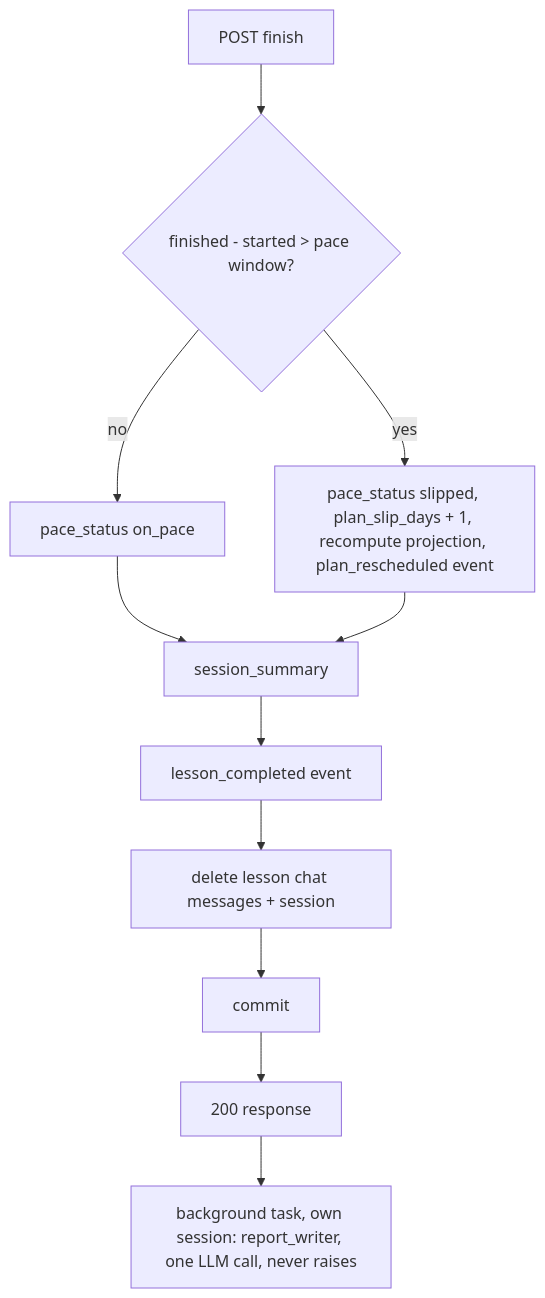
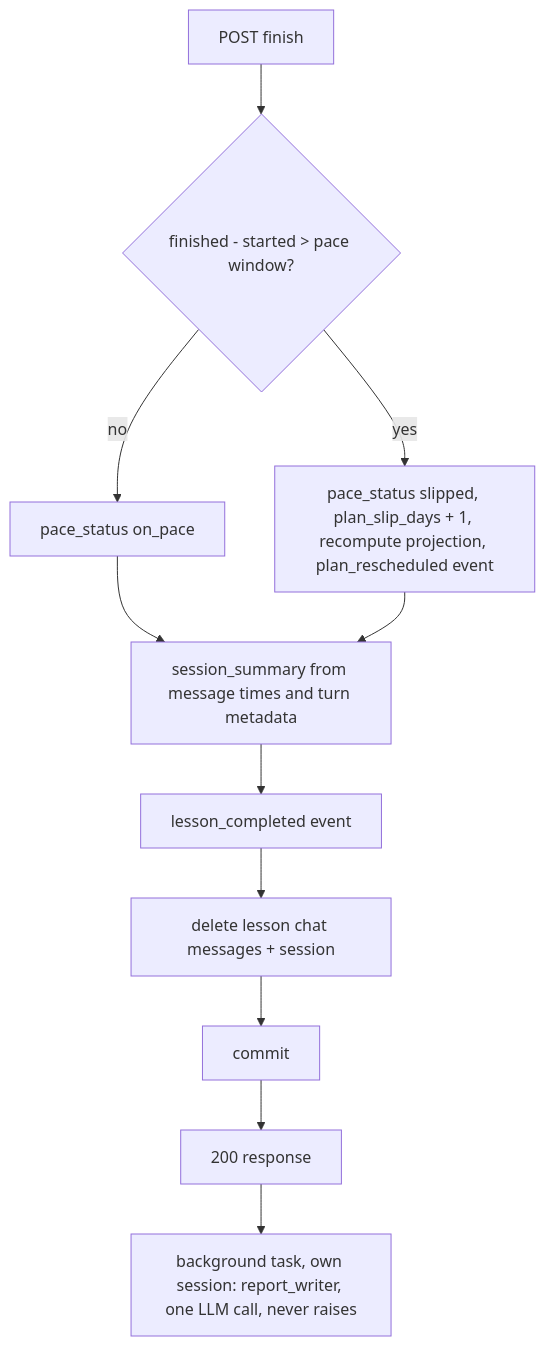
The fourth of 4 diagrams in docs/tech_requirements/backend.md (paulpolz/lingua-coach), drawn with Mermaid before and after one commit. The commit also changed other lines of this file and 46 other files, not shown here.

````diff
--- a/docs/tech_requirements/backend.md
+++ b/docs/tech_requirements/backend.md
@@ -153,13 +176,13 @@
 ```mermaid
 flowchart TD
   f[POST finish] --> pace{finished - started > pace window?}
   pace -- no --> on[pace_status on_pace]
   pace -- yes --> slip[pace_status slipped, plan_slip_days + 1, recompute projection, plan_rescheduled event]
-  on --> sum[session_summary]
+  on --> sum[session_summary from message times and turn metadata]
   slip --> sum
   sum --> ev[lesson_completed event]
   ev --> del[delete lesson chat messages + session]
   del --> commit[commit]
   commit --> resp[200 response]
   resp --> bg[background task, own session: report_writer, one LLM call, never raises]
 ```
````
